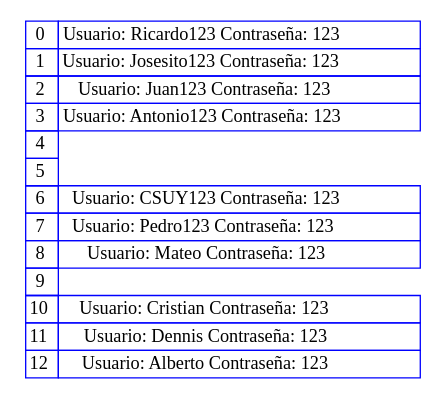
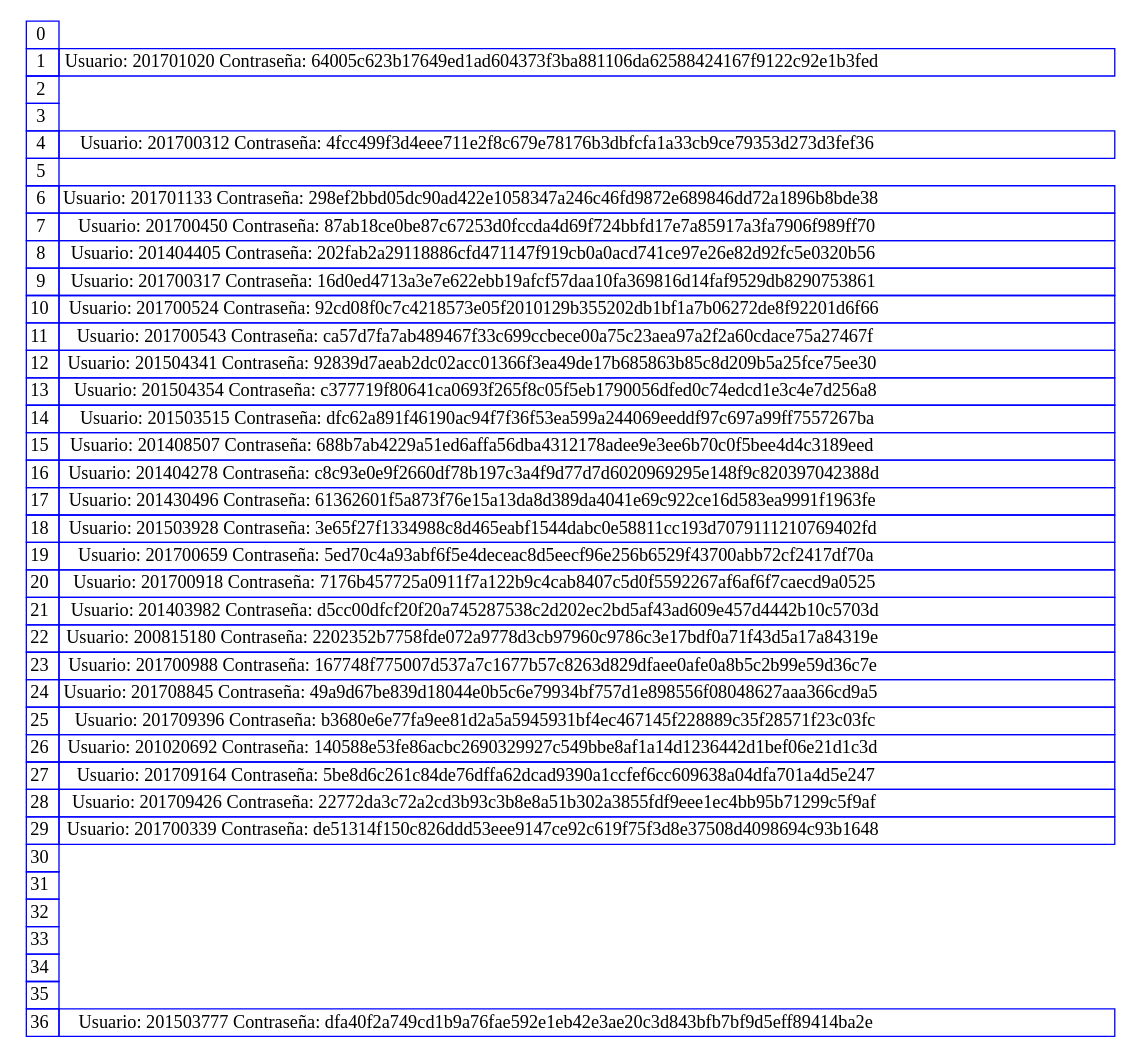
One commit to CSuy/EDD_2S2019_PY2_201700918 changed the diagram in Reportes/TablaHash.dot. Above: the diagram before and after it, drawn with Graphviz. The commit also changed 37 other files, not shown here.

```diff
--- a/Reportes/TablaHash.dot
+++ b/Reportes/TablaHash.dot
@@ -1,22 +1,46 @@
 digraph guia{ 
 tbl [
 shape=plaintext
 label=<
 <table border='0' cellborder='1' color='blue' cellspacing='0'>
-<tr><td>0</td><td>Usuario: Ricardo123 Contraseña: 123</td></tr> 
-<tr><td>1</td><td>Usuario: Josesito123 Contraseña: 123</td></tr> 
-<tr><td>2</td><td>Usuario: Juan123 Contraseña: 123</td></tr> 
-<tr><td>3</td><td>Usuario: Antonio123 Contraseña: 123</td></tr> 
-<tr><td>4</td></tr> 
+<tr><td>0</td></tr> 
+<tr><td>1</td><td>Usuario: 201701020 Contraseña: 64005c623b17649ed1ad604373f3ba881106da62588424167f9122c92e1b3fed</td></tr> 
+<tr><td>2</td></tr> 
+<tr><td>3</td></tr> 
+<tr><td>4</td><td>Usuario: 201700312 Contraseña: 4fcc499f3d4eee711e2f8c679e78176b3dbfcfa1a33cb9ce79353d273d3fef36</td></tr> 
 <tr><td>5</td></tr> 
-<tr><td>6</td><td>Usuario: CSUY123 Contraseña: 123</td></tr> 
-<tr><td>7</td><td>Usuario: Pedro123 Contraseña: 123</td></tr> 
-<tr><td>8</td><td>Usuario: Mateo Contraseña: 123</td></tr> 
-<tr><td>9</td></tr> 
-<tr><td>10</td><td>Usuario: Cristian Contraseña: 123</td></tr> 
-<tr><td>11</td><td>Usuario: Dennis Contraseña: 123</td></tr> 
-<tr><td>12</td><td>Usuario: Alberto Contraseña: 123</td></tr> 
+<tr><td>6</td><td>Usuario: 201701133 Contraseña: 298ef2bbd05dc90ad422e1058347a246c46fd9872e689846dd72a1896b8bde38</td></tr> 
+<tr><td>7</td><td>Usuario: 201700450 Contraseña: 87ab18ce0be87c67253d0fccda4d69f724bbfd17e7a85917a3fa7906f989ff70</td></tr> 
+<tr><td>8</td><td>Usuario: 201404405 Contraseña: 202fab2a29118886cfd471147f919cb0a0acd741ce97e26e82d92fc5e0320b56</td></tr> 
+<tr><td>9</td><td>Usuario: 201700317 Contraseña: 16d0ed4713a3e7e622ebb19afcf57daa10fa369816d14faf9529db8290753861</td></tr> 
+<tr><td>10</td><td>Usuario: 201700524 Contraseña: 92cd08f0c7c4218573e05f2010129b355202db1bf1a7b06272de8f92201d6f66</td></tr> 
+<tr><td>11</td><td>Usuario: 201700543 Contraseña: ca57d7fa7ab489467f33c699ccbece00a75c23aea97a2f2a60cdace75a27467f</td></tr> 
+<tr><td>12</td><td>Usuario: 201504341 Contraseña: 92839d7aeab2dc02acc01366f3ea49de17b685863b85c8d209b5a25fce75ee30</td></tr> 
+<tr><td>13</td><td>Usuario: 201504354 Contraseña: c377719f80641ca0693f265f8c05f5eb1790056dfed0c74edcd1e3c4e7d256a8</td></tr> 
+<tr><td>14</td><td>Usuario: 201503515 Contraseña: dfc62a891f46190ac94f7f36f53ea599a244069eeddf97c697a99ff7557267ba</td></tr> 
+<tr><td>15</td><td>Usuario: 201408507 Contraseña: 688b7ab4229a51ed6affa56dba4312178adee9e3ee6b70c0f5bee4d4c3189eed</td></tr> 
+<tr><td>16</td><td>Usuario: 201404278 Contraseña: c8c93e0e9f2660df78b197c3a4f9d77d7d6020969295e148f9c820397042388d</td></tr> 
+<tr><td>17</td><td>Usuario: 201430496 Contraseña: 61362601f5a873f76e15a13da8d389da4041e69c922ce16d583ea9991f1963fe</td></tr> 
+<tr><td>18</td><td>Usuario: 201503928 Contraseña: 3e65f27f1334988c8d465eabf1544dabc0e58811cc193d7079111210769402fd</td></tr> 
+<tr><td>19</td><td>Usuario: 201700659 Contraseña: 5ed70c4a93abf6f5e4deceac8d5eecf96e256b6529f43700abb72cf2417df70a</td></tr> 
+<tr><td>20</td><td>Usuario: 201700918 Contraseña: 7176b457725a0911f7a122b9c4cab8407c5d0f5592267af6af6f7caecd9a0525</td></tr> 
+<tr><td>21</td><td>Usuario: 201403982 Contraseña: d5cc00dfcf20f20a745287538c2d202ec2bd5af43ad609e457d4442b10c5703d</td></tr> 
+<tr><td>22</td><td>Usuario: 200815180 Contraseña: 2202352b7758fde072a9778d3cb97960c9786c3e17bdf0a71f43d5a17a84319e</td></tr> 
+<tr><td>23</td><td>Usuario: 201700988 Contraseña: 167748f775007d537a7c1677b57c8263d829dfaee0afe0a8b5c2b99e59d36c7e</td></tr> 
+<tr><td>24</td><td>Usuario: 201708845 Contraseña: 49a9d67be839d18044e0b5c6e79934bf757d1e898556f08048627aaa366cd9a5</td></tr> 
+<tr><td>25</td><td>Usuario: 201709396 Contraseña: b3680e6e77fa9ee81d2a5a5945931bf4ec467145f228889c35f28571f23c03fc</td></tr> 
+<tr><td>26</td><td>Usuario: 201020692 Contraseña: 140588e53fe86acbc2690329927c549bbe8af1a14d1236442d1bef06e21d1c3d</td></tr> 
+<tr><td>27</td><td>Usuario: 201709164 Contraseña: 5be8d6c261c84de76dffa62dcad9390a1ccfef6cc609638a04dfa701a4d5e247</td></tr> 
+<tr><td>28</td><td>Usuario: 201709426 Contraseña: 22772da3c72a2cd3b93c3b8e8a51b302a3855fdf9eee1ec4bb95b71299c5f9af</td></tr> 
+<tr><td>29</td><td>Usuario: 201700339 Contraseña: de51314f150c826ddd53eee9147ce92c619f75f3d8e37508d4098694c93b1648</td></tr> 
+<tr><td>30</td></tr> 
+<tr><td>31</td></tr> 
+<tr><td>32</td></tr> 
+<tr><td>33</td></tr> 
+<tr><td>34</td></tr> 
+<tr><td>35</td></tr> 
+<tr><td>36</td><td>Usuario: 201503777 Contraseña: dfa40f2a749cd1b9a76fae592e1eb42e3ae20c3d843bfb7bf9d5eff89414ba2e</td></tr> 
 
 </table>
 >];
 }
```
